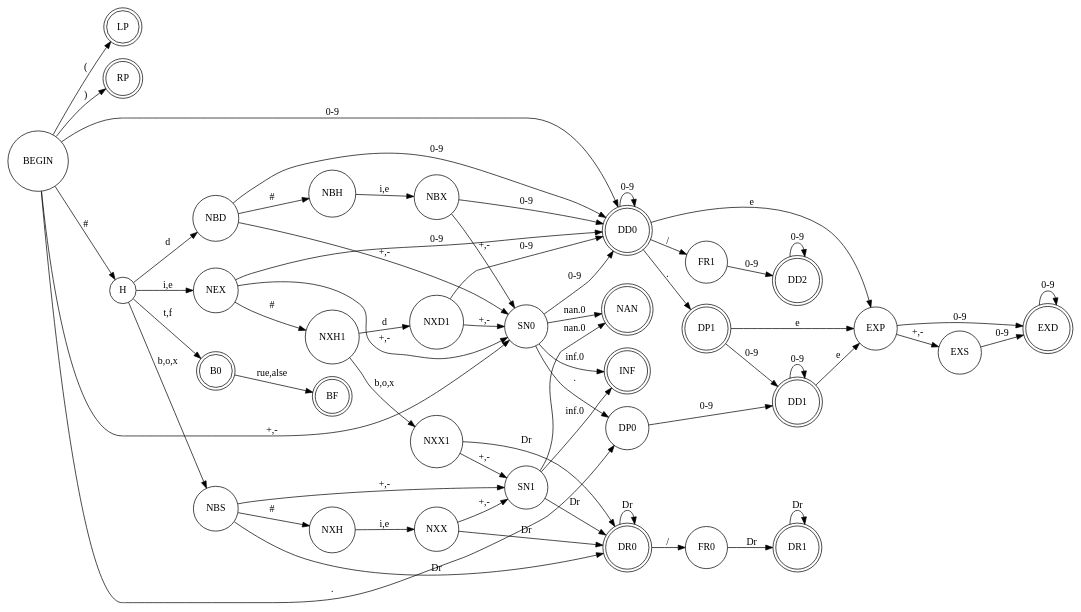
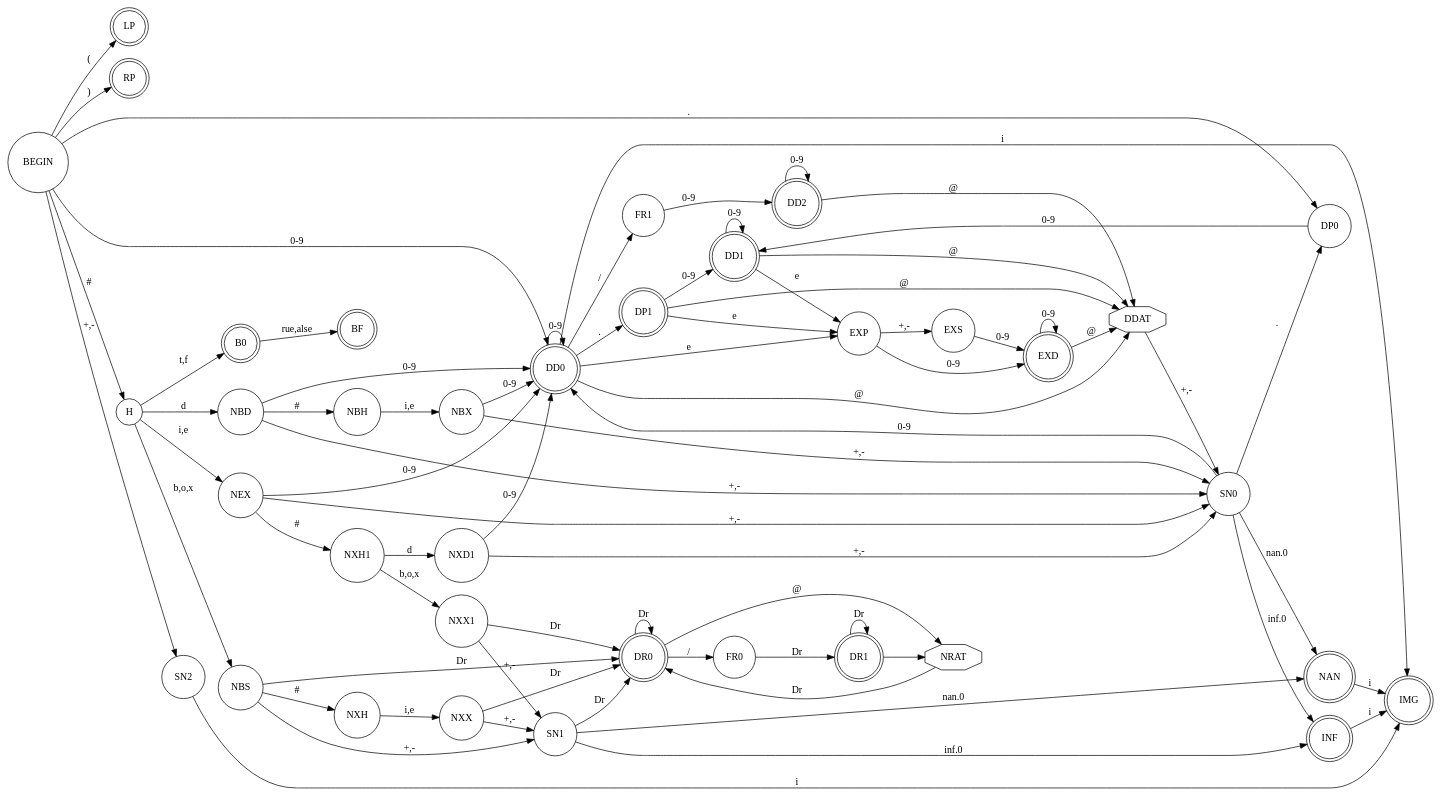
The diagram in doc/lexer.dot (erynofwales/sibil), drawn with Graphviz before and after one commit.

Commit message:
[lexer] Attempt to add complex numbers to the DOT graph -- this is dumb

```diff
--- a/doc/lexer.dot
+++ b/doc/lexer.dot
@@ -1,94 +1,111 @@
 digraph lexer {
     rankdir=LR;
-    node [shape = doublecircle] LP RP B0 BF DP1 DD0 DD1 DD2 DR0 DR1 INF NAN EXD;
+    node [shape = doublecircle] LP RP B0 BF DP1 DD0 DD1 DD2 DR0 DR1 INF NAN EXD IMG;
+    node [shape = octagon, ratio=1] NRAT DDAT;
     node [shape = circle];
     BEGIN -> LP  [ label = "(" ];
     BEGIN -> RP  [ label = ")" ];
     BEGIN -> H [ label = "#" ];
 
     subgraph bools {
         H -> B0 [ label = "t,f" ];
         B0 -> BF [ label = "rue,alse" ];
     }
 
 /*
     subgraph chars {
         H -> SL [ label = "\\" ];
         SL -> CH1 [ label = "*" ];
         SL -> NMCH [ label = "alarm" ];
         SL -> NMCH [ label = "backspace" ];
         SL -> NMCH [ label = "delete" ];
         SL -> NMCH [ label = "escape" ];
         SL -> NMCH [ label = "newline" ];
         SL -> NMCH [ label = "null" ];
         SL -> NMCH [ label = "return" ];
         SL -> NMCH [ label = "space" ];
         SL -> NMCH [ label = "tab" ];
         SL -> XC [ label = "x" ];
     }
 */
      
     subgraph numbers {
         BEGIN -> DD0 [ label = "0-9" ];
-        BEGIN -> SN0 [ label = "+,-" ];
+        BEGIN -> SN2 [ label = "+,-" ];
         BEGIN -> DP0 [ label = "." ];
         DD0 -> DD0 [ label = "0-9" ];
         DD0 -> DP1 [ label = "." ];
         DP1 -> DD1 [ label = "0-9" ];
         DP0 -> DD1 [ label = "0-9" ];
         DD1 -> DD1 [ label = "0-9" ];
         SN0 -> DD0 [ label = "0-9" ];
         SN0 -> DP0 [ label = "." ];
         SN0 -> INF [ label = "inf.0" ];
         SN0 -> NAN [ label = "nan.0" ];
 
         H -> NEX [ label = "i,e" ];
         NEX -> DD0 [ label = "0-9" ];
         NEX -> SN0 [ label = "+,-" ];
         NEX -> NXH1 [ label = "#" ];
         NXH1 -> NXD1 [ label = "d" ];
         NXD1 -> DD0 [ label = "0-9" ];
         NXD1 -> SN0 [ label = "+,-" ];
         NXH1 -> NXX1 [ label = "b,o,x" ];
         NXX1 -> SN1 [ label = "+,-" ];
         NXX1 -> DR0 [ label = "Dr" ];
 
         H -> NBD [ label = "d" ];
         NBD -> DD0 [ label = "0-9" ];
         NBD -> SN0 [ label = "+,-" ];
         NBD -> NBH [ label = "#" ];
         NBH -> NBX [ label = "i,e" ];
         NBX -> SN0 [ label = "+,-" ];
         NBX -> DD0 [ label = "0-9" ];
 
         H -> NBS [ label = "b,o,x" ];
         NBS -> DR0 [ label = "Dr" ];
         DR0 -> DR0 [ label = "Dr" ];
         NBS -> NXH [ label = "#" ];
         NXH -> NXX [ label = "i,e" ];
         NXX -> DR0 [ label = "Dr" ];
 
         NBS -> SN1 [ label = "+,-" ];
         NXX -> SN1 [ label = "+,-" ];
         SN1 -> DR0 [ label = "Dr" ];
         SN1 -> INF [ label = "inf.0" ];
         SN1 -> NAN [ label = "nan.0" ];
 
         DD0 -> EXP [ label = "e" ];
         DP1 -> EXP [ label = "e" ];
         DD1 -> EXP [ label = "e" ];
 
         EXP -> EXS [ label = "+,-" ];
         EXS -> EXD [ label = "0-9" ];
         EXP -> EXD [ label = "0-9" ];
         EXD -> EXD [ label = "0-9" ];
 
         DR0 -> FR0 [ label = "/" ];
         FR0 -> DR1 [ label = "Dr" ];
         DR1 -> DR1 [ label = "Dr" ];
 
         DD0 -> FR1 [ label = "/" ];
         FR1 -> DD2 [ label = "0-9" ];
         DD2 -> DD2 [ label = "0-9" ];
+
+        SN2 -> IMG [ label = "i" ];
+        INF -> IMG [ label = "i" ];
+        NAN -> IMG [ label = "i" ];
+        DD0 -> IMG [ label = "i" ];
+
+        DR0 -> NRAT [ label = "@" ];
+        DR1 -> NRAT [ label = "" ];
+        NRAT -> DR0 [ label = "Dr" ];
+
+        DD0 -> DDAT [ label = "@" ];
+        DD2 -> DDAT [ label = "@" ];
+        DP1 -> DDAT [ label = "@" ];
+        DD1 -> DDAT [ label = "@" ];
+        EXD -> DDAT [ label = "@" ];
+        DDAT -> SN0 [ label = "+,-" ];
     }
 }
```
